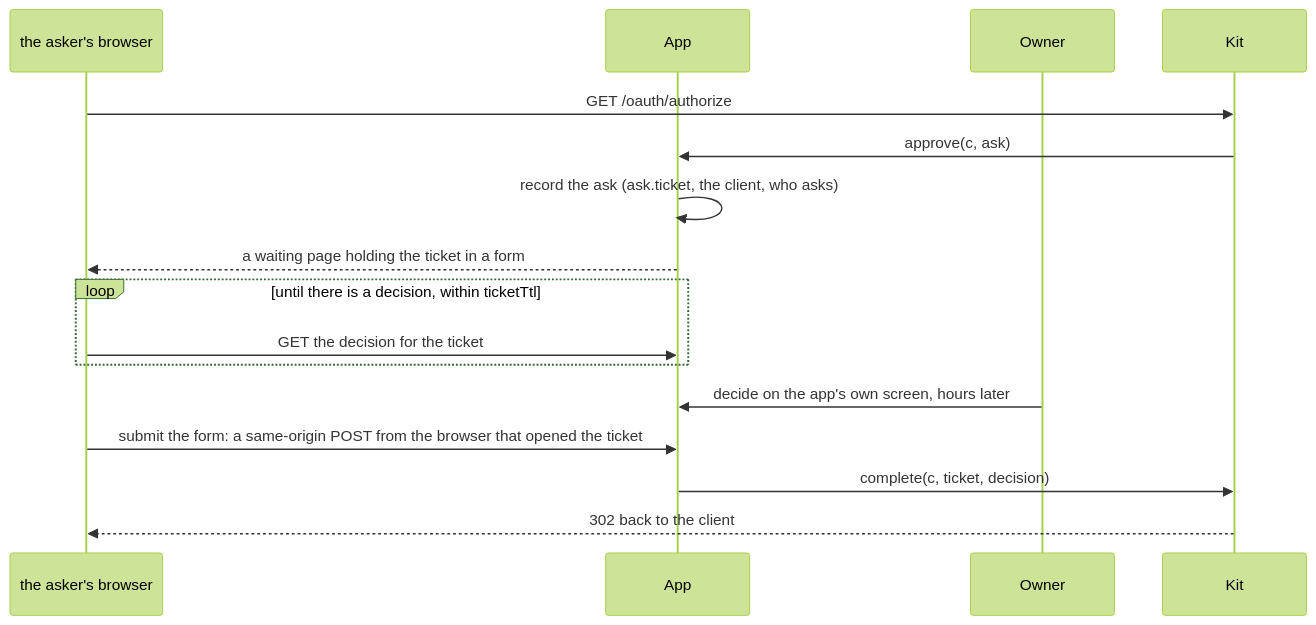
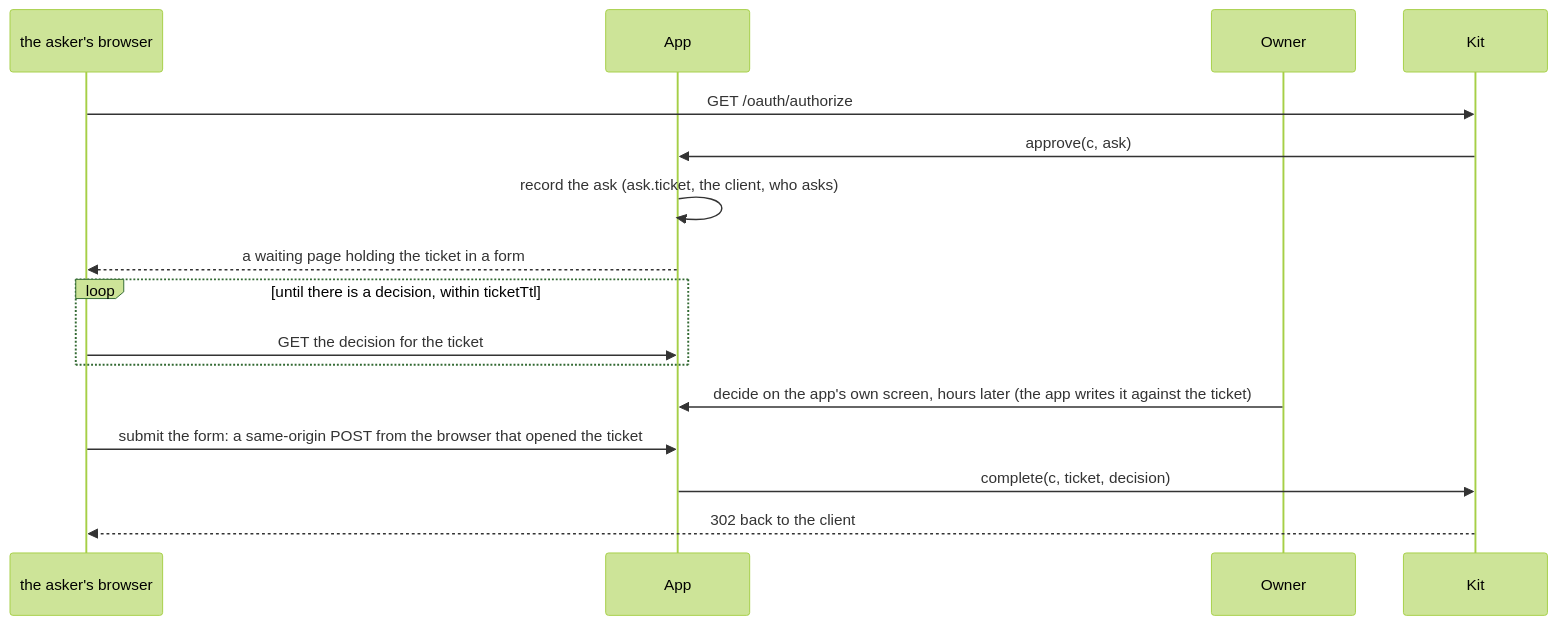
One commit to escalay/api-kit changed the second of 7 diagrams in src/oauth/README.md. Above: the diagram before and after it, drawn with Mermaid (forest theme). The commit also changed other lines of this file and 11 other files, not shown here.

````diff
--- a/src/oauth/README.md
+++ b/src/oauth/README.md
@@ -240,18 +240,18 @@
 ```mermaid
 sequenceDiagram
   participant Asker as the asker's browser
   participant App
   participant Owner
   participant Kit
   Asker->>Kit: GET /oauth/authorize
   Kit->>App: approve(c, ask)
   App->>App: record the ask (ask.ticket, the client, who asks)
   App-->>Asker: a waiting page holding the ticket in a form
   loop until there is a decision, within ticketTtl
     Asker->>App: GET the decision for the ticket
   end
-  Owner->>App: decide on the app's own screen, hours later
+  Owner->>App: decide on the app's own screen, hours later (the app writes it against the ticket)
   Asker->>App: submit the form: a same-origin POST from the browser that opened the ticket
   App->>Kit: complete(c, ticket, decision)
   Kit-->>Asker: 302 back to the client
 ```
````
